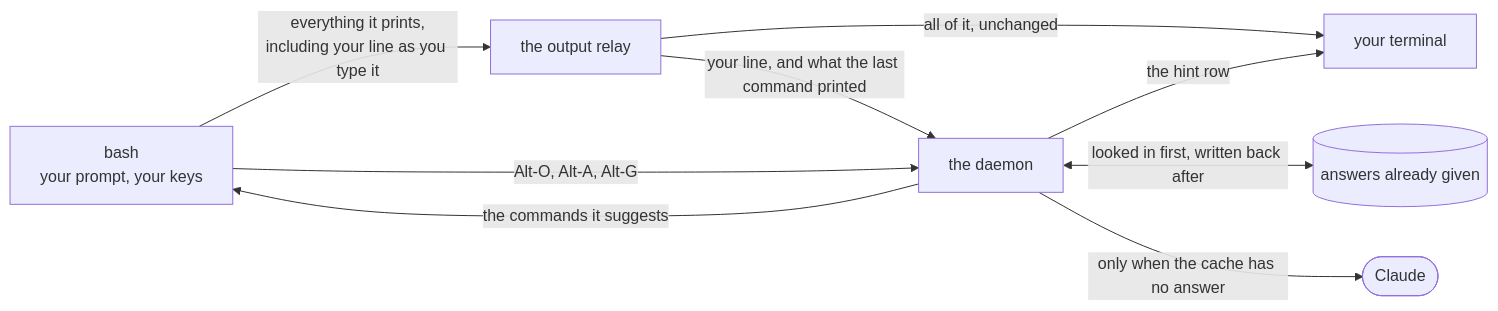
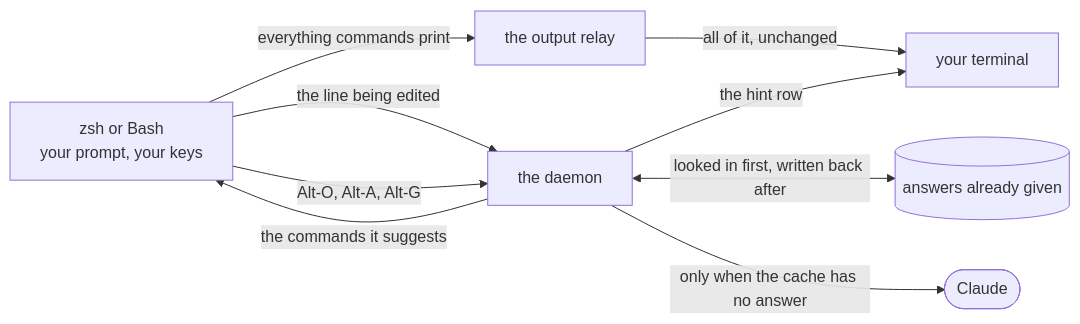
One commit to namo-robotics/namo_complete changed the diagram in README.md. Above: the diagram before and after it, drawn with Mermaid. The commit also changed other lines of this file and 29 other files, not shown here.

````diff
--- a/README.md
+++ b/README.md
@@ -140,18 +147,18 @@
 ```mermaid
 flowchart LR
-    BASH["bash<br>your prompt, your keys"]
+    SHELL["zsh or Bash<br>your prompt, your keys"]
     REL["the output relay"]
     DAE["the daemon"]
     TTY["your terminal"]
     CACHE[("answers already given")]
     API(["Claude"])
 
-    BASH -->|"everything it prints,<br>including your line as you type it"| REL
+    SHELL -->|"everything commands print"| REL
     REL -->|"all of it, unchanged"| TTY
-    REL -->|"your line, and what the last command printed"| DAE
-    BASH -->|"Alt-O, Alt-A, Alt-G"| DAE
-    DAE -->|"the commands it suggests"| BASH
+    SHELL -->|"the line being edited"| DAE
+    SHELL -->|"Alt-O, Alt-A, Alt-G"| DAE
+    DAE -->|"the commands it suggests"| SHELL
     DAE -->|"the hint row"| TTY
     DAE <-->|"looked in first, written back after"| CACHE
     DAE -->|"only when the cache has no answer"| API
 ```
````
